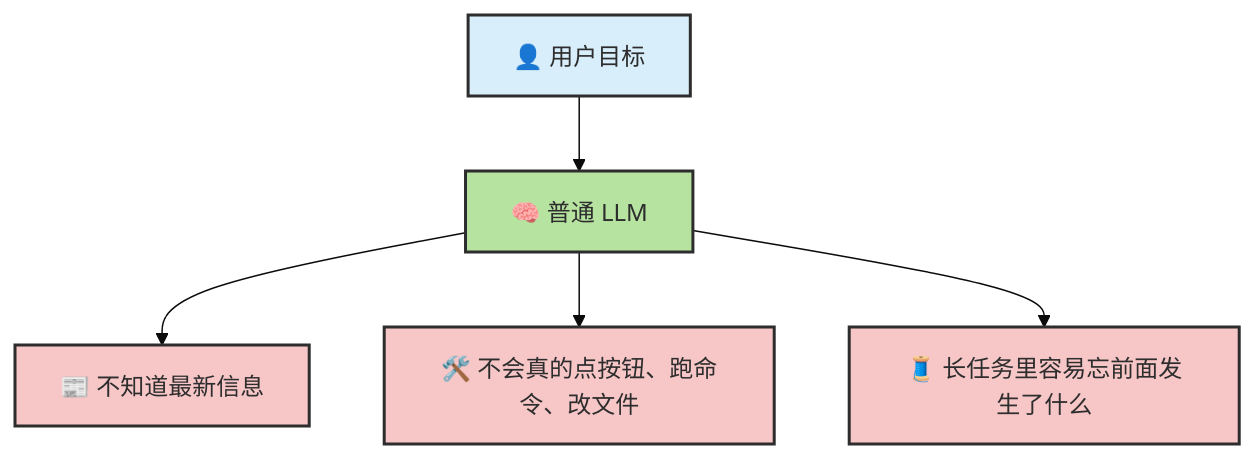
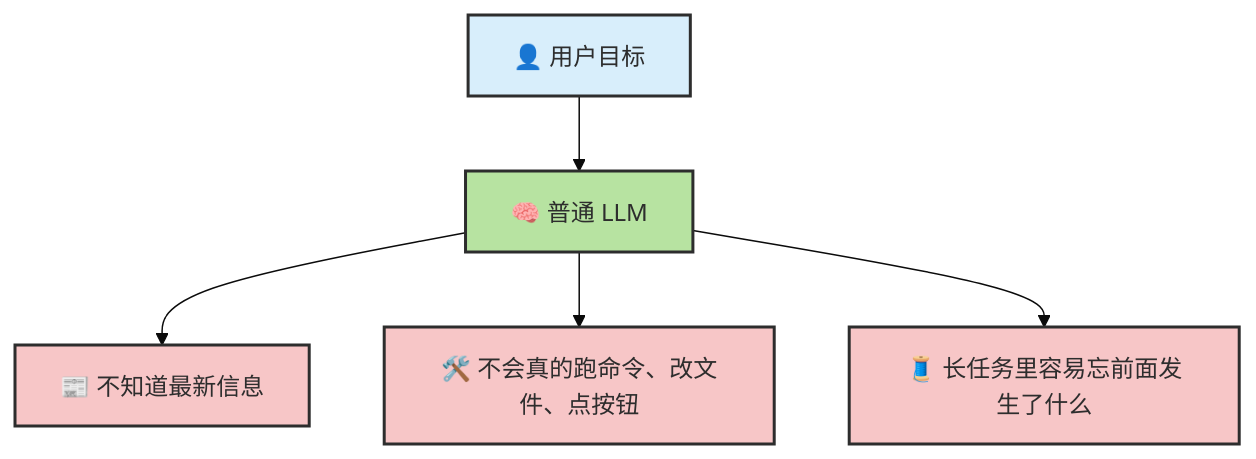
One commit to zht043/AgenticCodingTutorial changed the second of 19 diagrams in docs/chapters/ch02-concepts.md. Above: the diagram before and after it, drawn with Mermaid (base theme). The commit also changed other lines of this file, not shown here.

````diff
--- a/docs/chapters/ch02-concepts.md
+++ b/docs/chapters/ch02-concepts.md
@@ -95,11 +83,11 @@
 ```mermaid
 flowchart TB
     classDef user fill:#d8eefb,stroke:#2d2d2d,stroke-width:2px,color:#2d2d2d
     classDef model fill:#b7e3a1,stroke:#2d2d2d,stroke-width:2px,color:#2d2d2d
     classDef limit fill:#f7c6c7,stroke:#2d2d2d,stroke-width:2px,color:#2d2d2d
 
     U["👤 用户目标"]:::user --> L["🧠 普通 LLM"]:::model
     L --> A["📰 不知道最新信息"]:::limit
-    L --> B["🛠️ 不会真的点按钮、跑命令、改文件"]:::limit
+    L --> B["🛠️ 不会真的跑命令、改文件、点按钮"]:::limit
     L --> C["🧵 长任务里容易忘前面发生了什么"]:::limit
 ```
````
